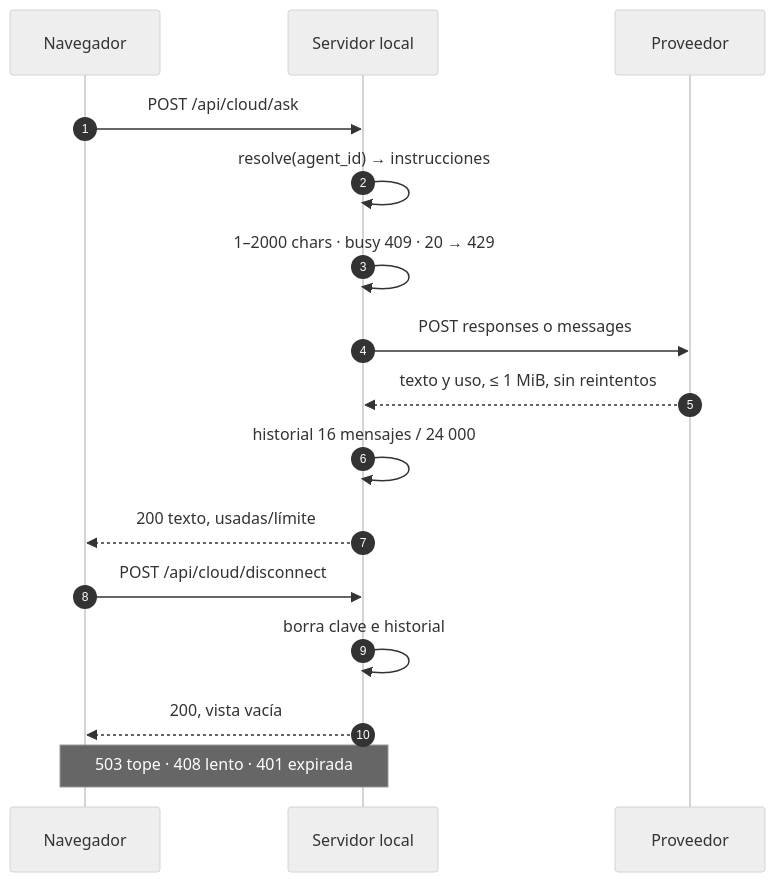
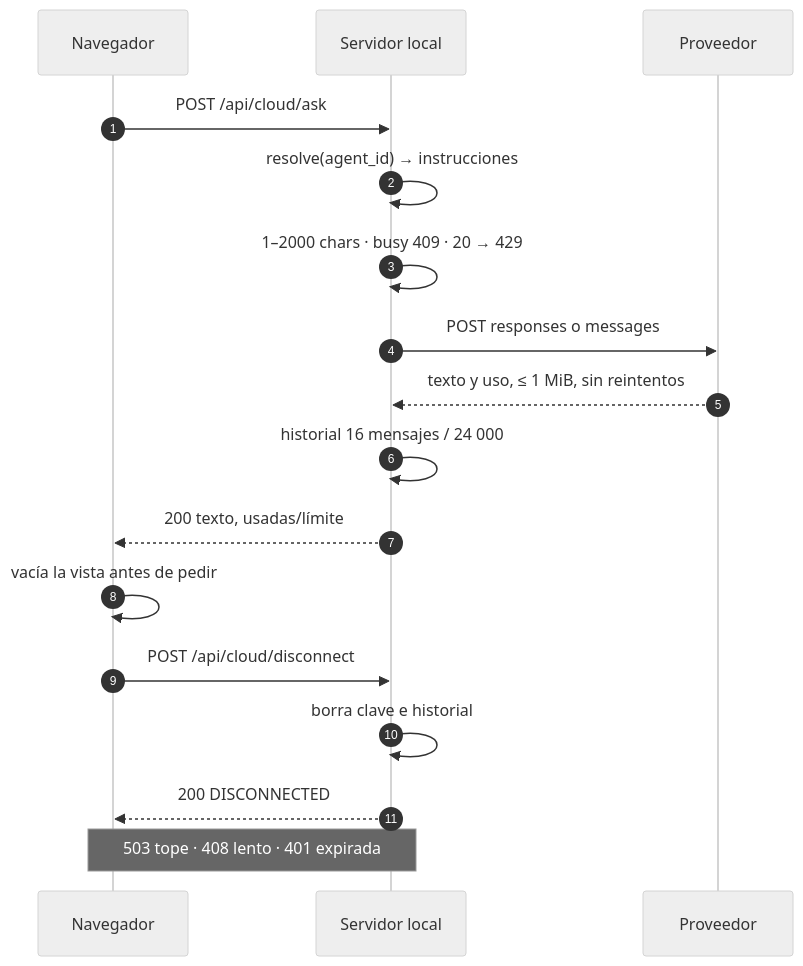
One commit to marcodiazleon/ai-implementation-lab changed the third of 6 diagrams in docs/book/03-recorrido-del-codigo.md. Above: the diagram before and after it, drawn with Mermaid (neutral theme). The commit also changed other lines of this file and 3 other files, not shown here.

First line of the commit message:
Fidelity items from the internal review of the eleven diagrams applied

````diff
--- a/docs/book/03-recorrido-del-codigo.md
+++ b/docs/book/03-recorrido-del-codigo.md
@@ -74,18 +75,19 @@
 ```mermaid
 sequenceDiagram
   autonumber
   participant B as Navegador
   participant S as Servidor local
   participant X as Proveedor
   B->>S: POST /api/cloud/ask
   S->>S: resolve(agent_id) → instrucciones
   S->>S: 1–2000 chars · busy 409 · 20 → 429
   S->>X: POST responses o messages
   X-->>S: texto y uso, ≤ 1 MiB, sin reintentos
   S->>S: historial 16 mensajes / 24 000
   S-->>B: 200 texto, usadas/límite
+  B->>B: vacía la vista antes de pedir
   B->>S: POST /api/cloud/disconnect
   S->>S: borra clave e historial
-  S-->>B: 200, vista vacía
+  S-->>B: 200 DISCONNECTED
   note over B,S: 503 tope · 408 lento · 401 expirada
 ```
````
